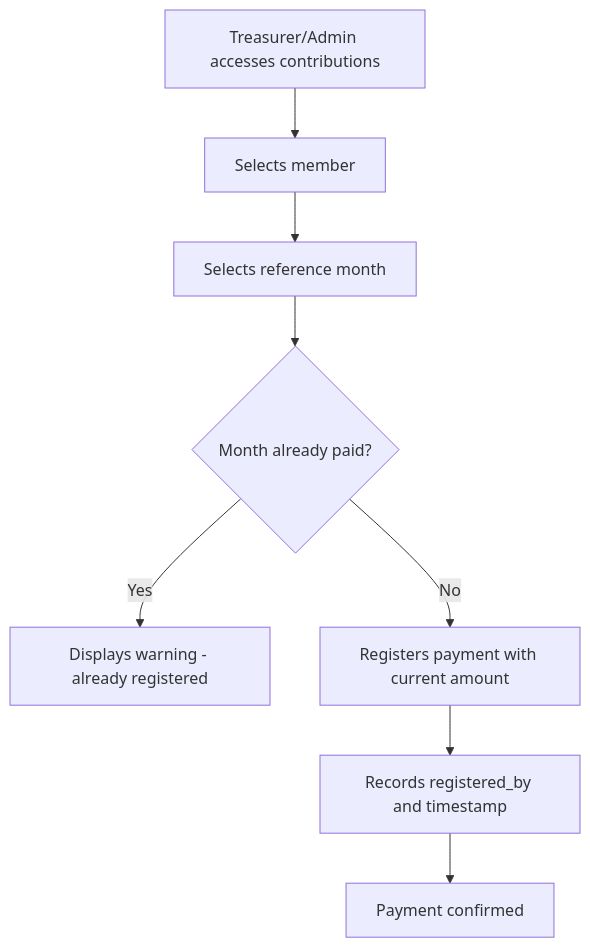
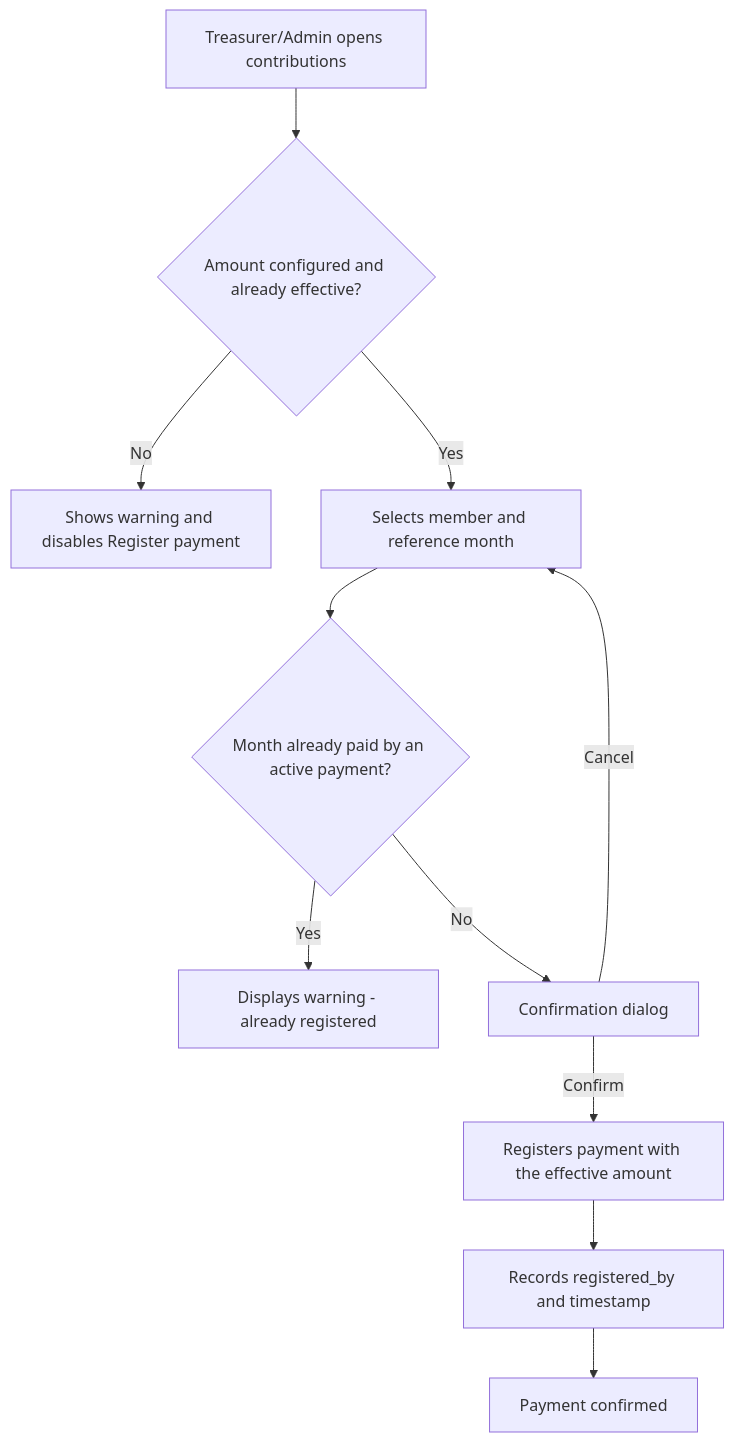
The second of 8 diagrams in docs/flows/04-contributions.md (HDias/community), drawn with Mermaid before and after one commit. The commit also changed other lines of this file and 4 other files, not shown here.

````diff
--- a/docs/flows/04-contributions.md
+++ b/docs/flows/04-contributions.md
@@ -54,10 +70,13 @@
 ```mermaid
 flowchart TD
-    A[Treasurer/Admin accesses contributions] --> B[Selects member]
-    B --> C[Selects reference month]
-    C --> D{Month already paid?}
-    D -->|Yes| E[Displays warning - already registered]
-    D -->|No| F[Registers payment with current amount]
-    F --> G[Records registered_by and timestamp]
-    G --> H[Payment confirmed]
+    A[Treasurer/Admin opens contributions] --> B{Amount configured and already effective?}
+    B -->|No| C[Shows warning and disables Register payment]
+    B -->|Yes| D[Selects member and reference month]
+    D --> E{Month already paid by an active payment?}
+    E -->|Yes| F[Displays warning - already registered]
+    E -->|No| G[Confirmation dialog]
+    G -->|Cancel| D
+    G -->|Confirm| H[Registers payment with the effective amount]
+    H --> I[Records registered_by and timestamp]
+    I --> J[Payment confirmed]
 ```
````
